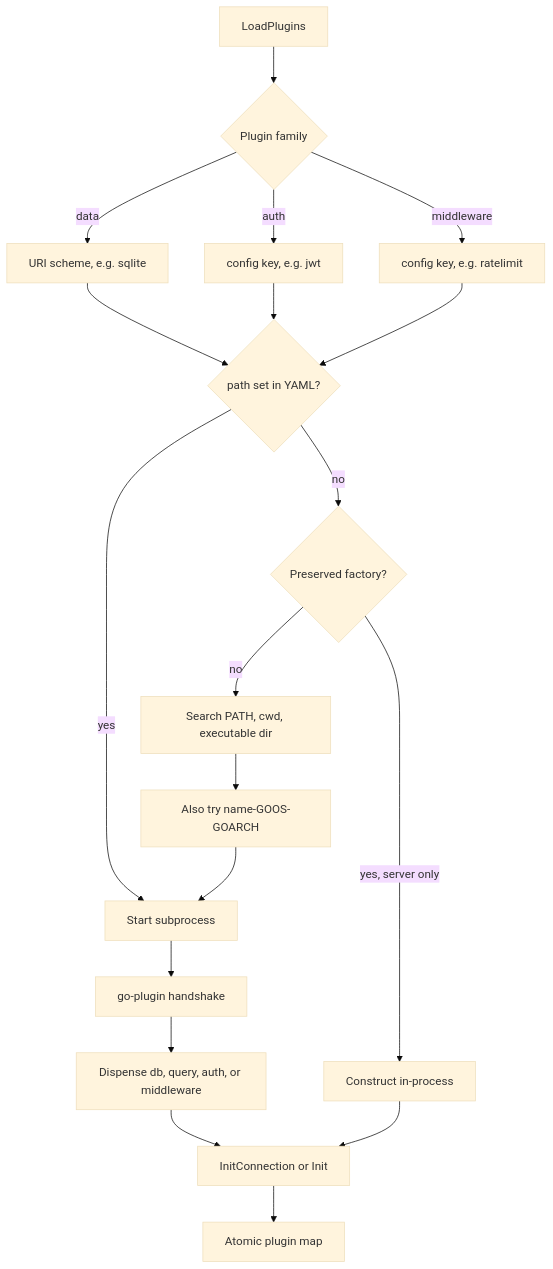
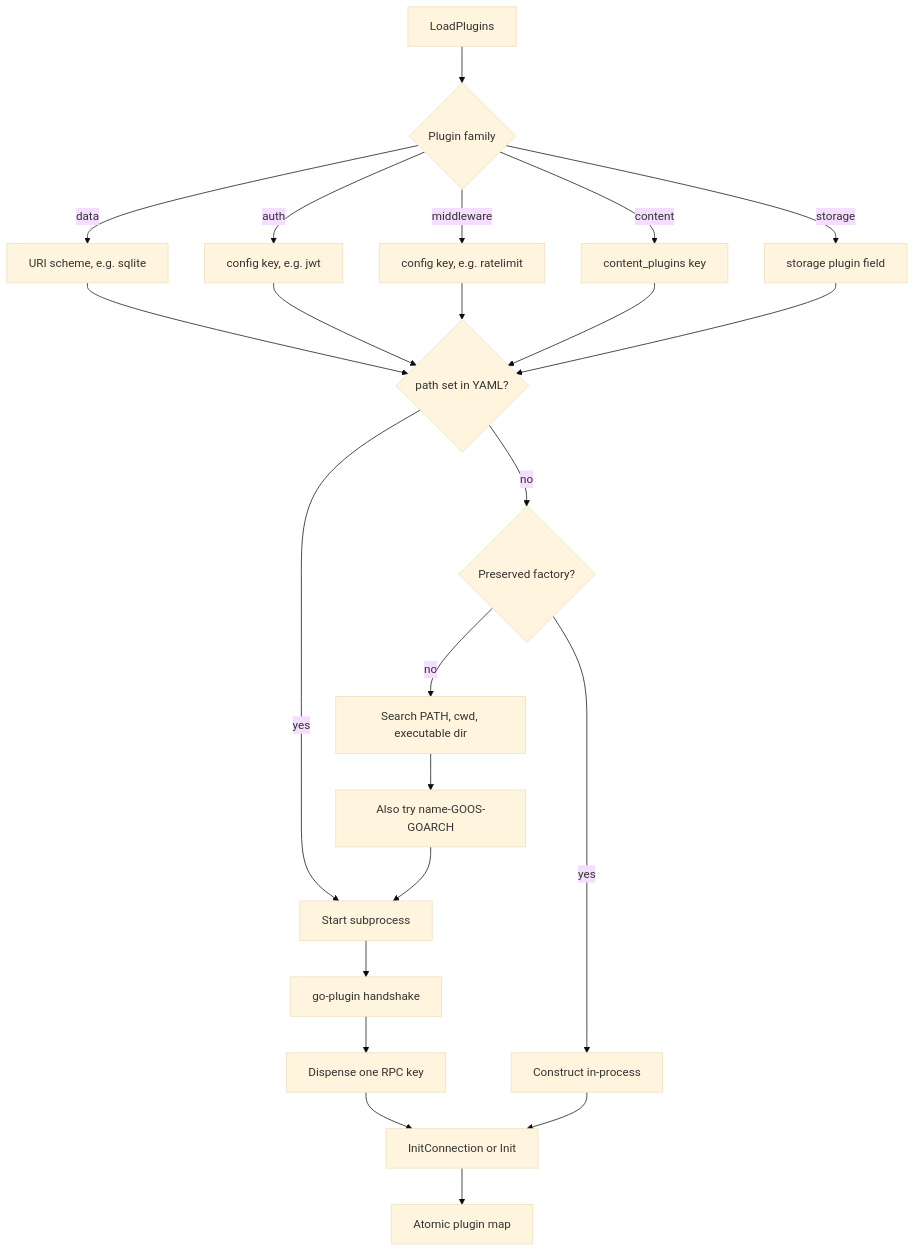
One commit to onegreyonewhite/easyrest changed the third of 4 diagrams in README.md. Above: the diagram before and after it, drawn with Mermaid (base theme). The commit also changed other lines of this file and 238 other files, not shown here.

````diff
--- a/README.md
+++ b/README.md
@@ -161,21 +150,25 @@
 ```mermaid
 flowchart TD
     Start[LoadPlugins] --> Kind{Plugin family}
     Kind -->|data| DataKey["URI scheme, e.g. sqlite"]
     Kind -->|auth| AuthKey["config key, e.g. jwt"]
     Kind -->|middleware| MwKey["config key, e.g. ratelimit"]
+    Kind -->|content| ContentKey["content_plugins key"]
+    Kind -->|storage| StorageKey["storage plugin field"]
     DataKey --> PathSet{path set in YAML?}
     AuthKey --> PathSet
     MwKey --> PathSet
+    ContentKey --> PathSet
+    StorageKey --> PathSet
     PathSet -->|yes| External[Start subprocess]
     PathSet -->|no| Preserved{Preserved factory?}
-    Preserved -->|yes, server only| InProcess[Construct in-process]
+    Preserved -->|yes| InProcess[Construct in-process]
     Preserved -->|no| Search[Search PATH, cwd, executable dir]
     Search --> OsArch["Also try name-GOOS-GOARCH"]
     OsArch --> External
     External --> Handshake[go-plugin handshake]
-    Handshake --> Dispense["Dispense db, query, auth, or middleware"]
+    Handshake --> Dispense["Dispense one RPC key"]
     Dispense --> InitCall["InitConnection or Init"]
     InProcess --> InitCall
     InitCall --> PluginMap[Atomic plugin map]
 ```
````
